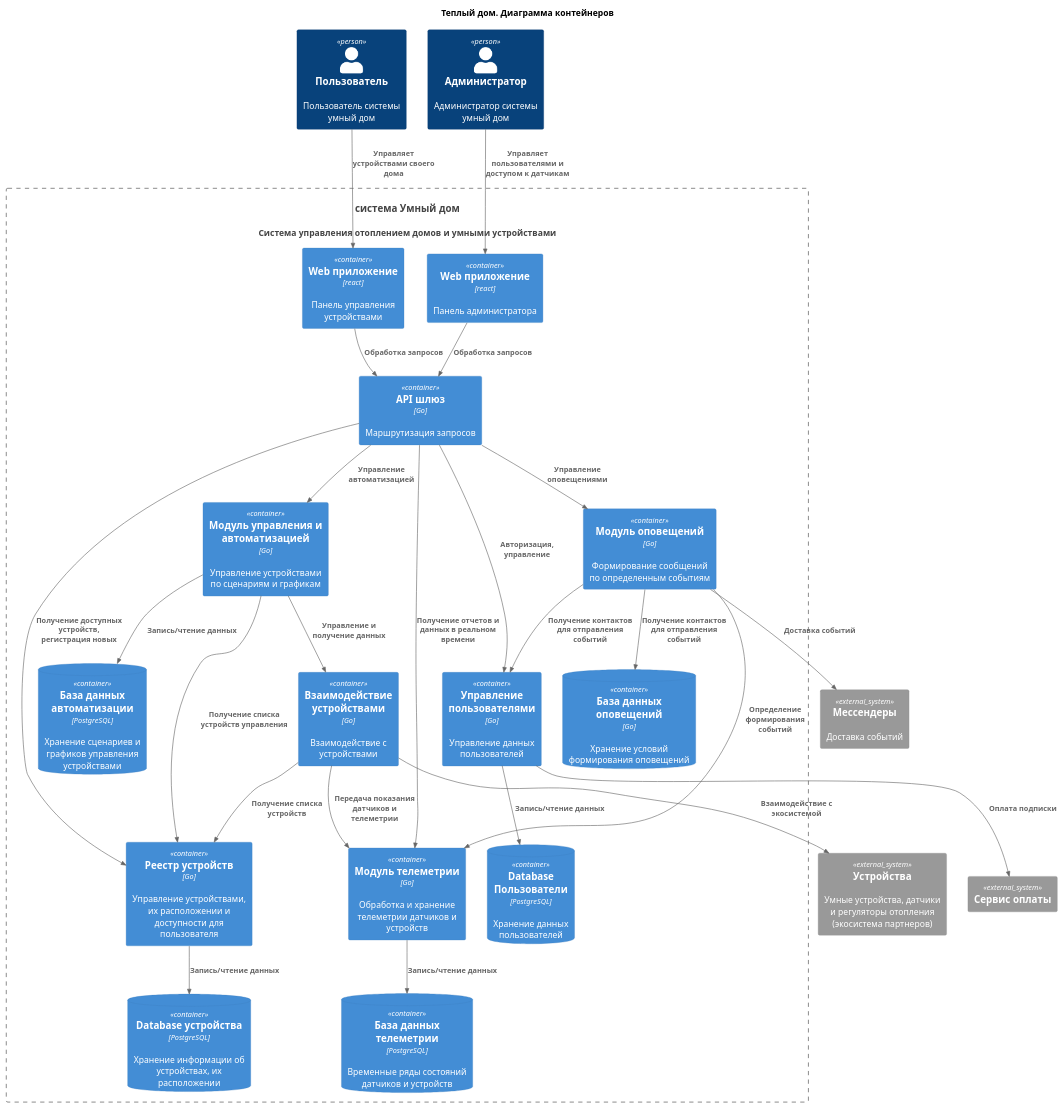
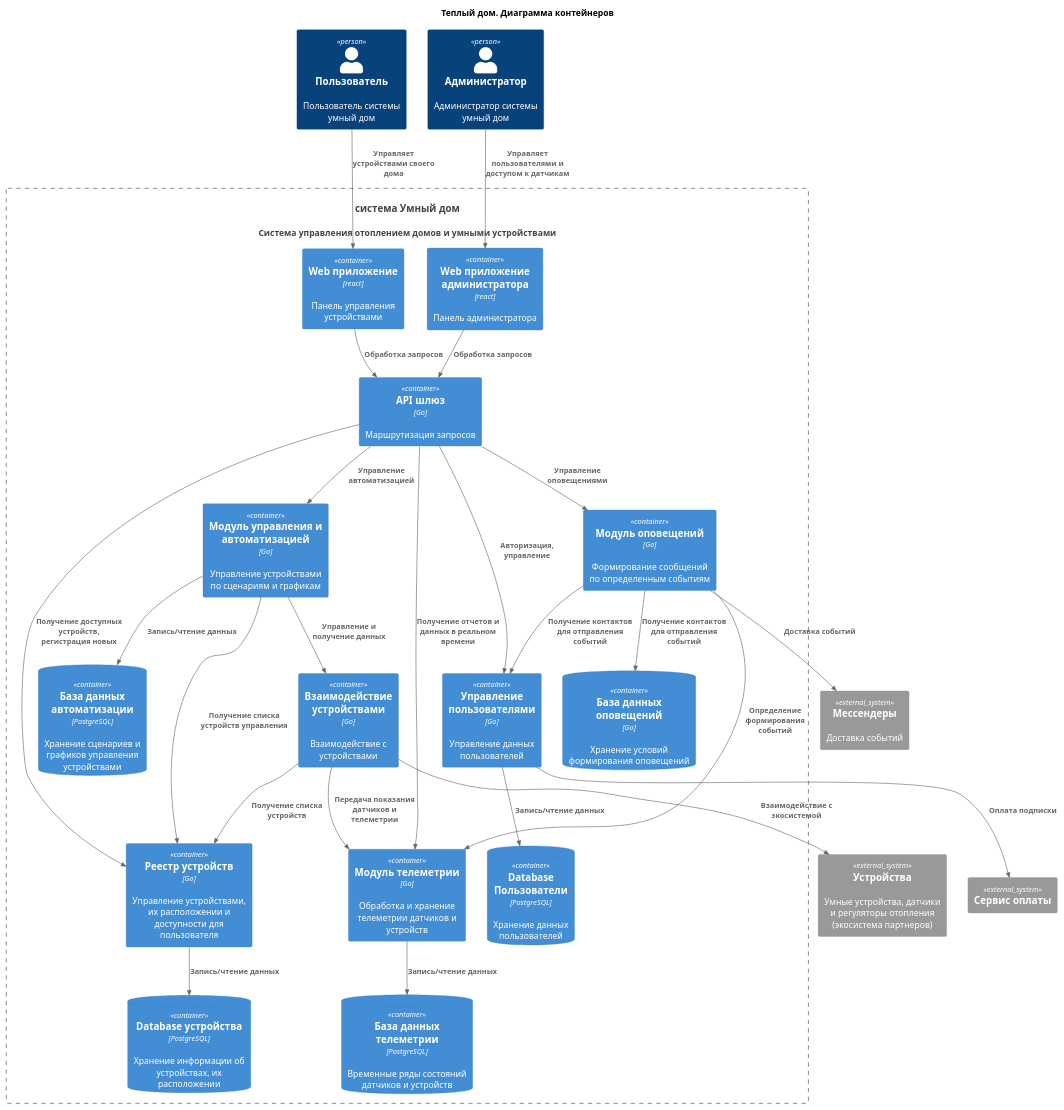
Before and after one commit to binaril/architecture-warmhouse: the diagram in diagrams/C4.Containers.puml, drawn with PlantUML. The commit also changed 13 other files, not shown here.

Commit message:
шаблоны схем компонентов контейнеров

```diff
--- a/diagrams/C4.Containers.puml
+++ b/diagrams/C4.Containers.puml
@@ -1,57 +1,57 @@
 @startuml
 title Теплый дом. Диаграмма контейнеров
 
 top to bottom direction
 
 !includeurl https://raw.githubusercontent.com/RicardoNiepel/C4-PlantUML/master/C4_Component.puml
 
 Person(user, "Пользователь", "Пользователь системы умный дом")
 Person(admin, "Администратор", "Администратор системы умный дом")
 System(SmartHouse, "система Умный дом", "Система управления отоплением домов и умными устройствами")
 
 Container_Boundary(SmartHouse, "FitLife System") {
   Container(WebApp, "Web приложение", "react", "Панель управления устройствами")
-  Container(WebAppAdmin, "Web приложение", "react", "Панель администратора")
+  Container(WebAppAdmin, "Web приложение администратора", "react", "Панель администратора")
   Container(GateWay, "API шлюз", "Go", "Маршрутизация запросов")
   Container(UserAccess, "Управление пользователями", "Go", "Управление данных пользователей")
   ContainerDb(UserAccessDb, "Database Пользователи", "PostgreSQL", "Хранение данных пользователей")
   Container(DeviceRepository, "Реестр устройств", "Go", "Управление устройствами, их расположении и доступности для пользователя")
   ContainerDb(DeviceRepositoryDb, "Database устройства", "PostgreSQL", "Хранение информации об устройствах, их расположении")
   Container(Automatic, "Модуль управления и автоматизацией", "Go", "Управление устройствами по сценариям и графикам")
   ContainerDb(AutomaticDb, "База данных автоматизации", "PostgreSQL", "Хранение сценариев и графиков управления устройствами")
   Container(Notification, "Модуль оповещений", "Go", "Формирование сообщений по определенным событиям")
   ContainerDb(NotificationDb, "База данных оповещений", "Go", "Хранение условий формирования оповещений")
   Container(Telemetry, "Модуль телеметрии", "Go", "Обработка и хранение телеметрии датчиков и устройств")
   ContainerDb(TelemetryDatabase, "База данных телеметрии", "PostgreSQL", "Временные ряды состояний датчиков и устройств")
   Container(DeviceControl, "Взаимодействие устройствами", "Go", "Взаимодействие с устройствами")    
 }
 
 System_Ext(PaidService, "Сервис оплаты", "")
 System_Ext(SmartDevice, "Устройства", "Умные устройства, датчики и регуляторы отопления (экосистема партнеров)")
 System_Ext(Messengers, "Мессендеры", "Доставка событий")
 
 Rel(user, WebApp, "Управляет устройствами своего дома")
 Rel(admin, WebAppAdmin,"Управляет пользователями и доступом к датчикам")
 Rel(WebApp, GateWay, "Обработка запросов")
 Rel(WebAppAdmin, GateWay, "Обработка запросов")
 Rel(GateWay, UserAccess, "Авторизация, управление")
 Rel(GateWay, Telemetry, "Получение отчетов и данных в реальном времени")
 Rel(GateWay, Automatic, "Управление автоматизацией")
 Rel(GateWay, Notification, "Управление оповещениями")
 Rel(GateWay, DeviceRepository, "Получение доступных устройств, регистрация новых")
 Rel(UserAccess, UserAccessDb, "Запись/чтение данных")
 Rel(UserAccess, PaidService, "Оплата подписки")
 Rel(Telemetry,TelemetryDatabase,"Запись/чтение данных")
 Rel(Automatic, AutomaticDb, "Запись/чтение данных")
 Rel(Automatic, DeviceRepository, "Получение списка устройств управления")
 Rel(Automatic, DeviceControl, "Управление и получение данных")
 Rel(Notification, Telemetry, "Определение формирования событий")
 Rel(Notification, Messengers, "Доставка событий")
 Rel(Notification, UserAccess, "Получение контактов для отправления событий")
 Rel(Notification, NotificationDb, "Получение контактов для отправления событий")
 Rel(DeviceControl, DeviceRepository, "Получение списка устройств")
 Rel(DeviceControl, Telemetry, "Передача показания датчиков и телеметрии")
 Rel(DeviceControl,SmartDevice,"Взаимодействие с экосистемой")
 Rel(DeviceRepository, DeviceRepositoryDb, "Запись/чтение данных")
 
 @enduml
```
